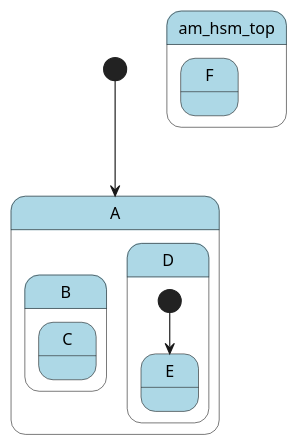
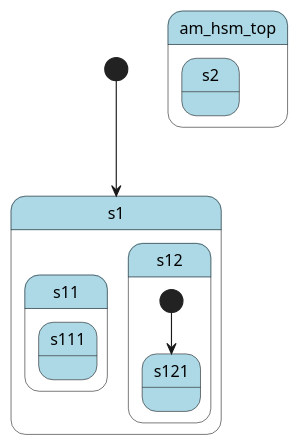
The first of 9 diagrams in libs/hsm/README.rst (adel-mamin/amast), drawn with PlantUML before and after one commit. The commit also changed other lines of this file and 1 other file, not shown here.

```diff
--- a/libs/hsm/README.rst
+++ b/libs/hsm/README.rst
@@ -137,20 +138,20 @@
 .. uml::
 
     @startuml
 
-    [*] --> A
+    [*] --> s1
 
     state am_hsm_top #LightBlue {
-        state A #LightBlue {
-            state B #LightBlue {
-                state C #LightBlue
+        state s1 #LightBlue {
+            state s11 #LightBlue {
+                state s111 #LightBlue
             }
-            state D #LightBlue {
-                [*] --> E
-                state E #LightBlue
+            state s12 #LightBlue {
+                [*] --> s121
+                state s121 #LightBlue
             }
         }
-        state F #LightBlue
+        state s2 #LightBlue
     }
 
     @enduml
```
